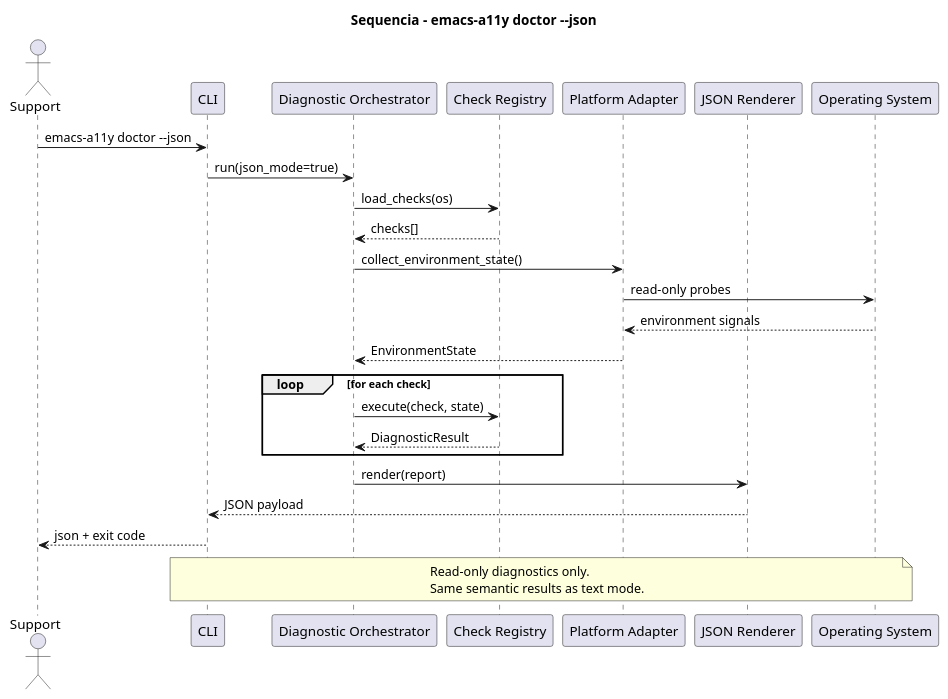
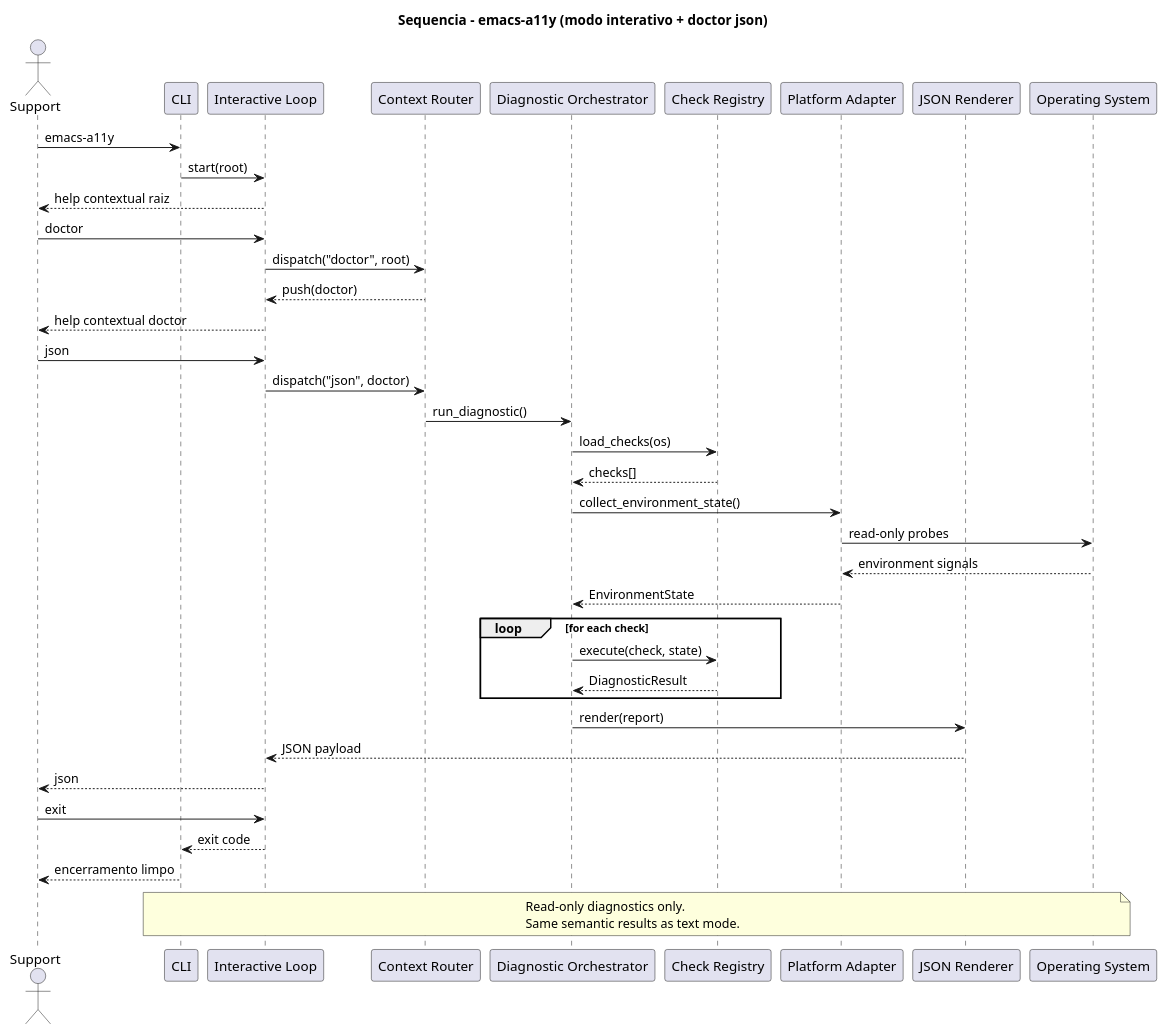
The diagram in docs/plantuml/doctor-sequence-json.puml (A11yDevs/emacs-a11y-installer), drawn with PlantUML before and after one commit. The commit also changed 57 other files, not shown here.

Commit message:
feat(cli): add interactive contextual mode and update docs/specs

```diff
--- a/docs/plantuml/doctor-sequence-json.puml
+++ b/docs/plantuml/doctor-sequence-json.puml
@@ -1,34 +1,47 @@
-@startuml
-title Sequencia - emacs-a11y doctor --json
+@startuml doctor-sequence-json
+title Sequencia - emacs-a11y (modo interativo + doctor json)
 
 actor Support
 participant CLI
+participant "Interactive Loop" as Loop
+participant "Context Router" as Router
 participant "Diagnostic Orchestrator" as Orch
 participant "Check Registry" as Registry
 participant "Platform Adapter" as Adapter
 participant "JSON Renderer" as JsonRenderer
 participant "Operating System" as OS
 
-Support -> CLI : emacs-a11y doctor --json
-CLI -> Orch : run(json_mode=true)
+Support -> CLI : emacs-a11y
+CLI -> Loop : start(root)
+Loop --> Support : help contextual raiz
+Support -> Loop : doctor
+Loop -> Router : dispatch("doctor", root)
+Router --> Loop : push(doctor)
+Loop --> Support : help contextual doctor
+Support -> Loop : json
+Loop -> Router : dispatch("json", doctor)
+Router -> Orch : run_diagnostic()
 Orch -> Registry : load_checks(os)
 Registry --> Orch : checks[]
 Orch -> Adapter : collect_environment_state()
 Adapter -> OS : read-only probes
 OS --> Adapter : environment signals
 Adapter --> Orch : EnvironmentState
 
 loop for each check
   Orch -> Registry : execute(check, state)
   Registry --> Orch : DiagnosticResult
 end
 
 Orch -> JsonRenderer : render(report)
-JsonRenderer --> CLI : JSON payload
-CLI --> Support : json + exit code
+JsonRenderer --> Loop : JSON payload
+Loop --> Support : json
+Support -> Loop : exit
+Loop --> CLI : exit code
+CLI --> Support : encerramento limpo
 
 note over CLI,OS
 Read-only diagnostics only.
 Same semantic results as text mode.
 end note
 @enduml
```
